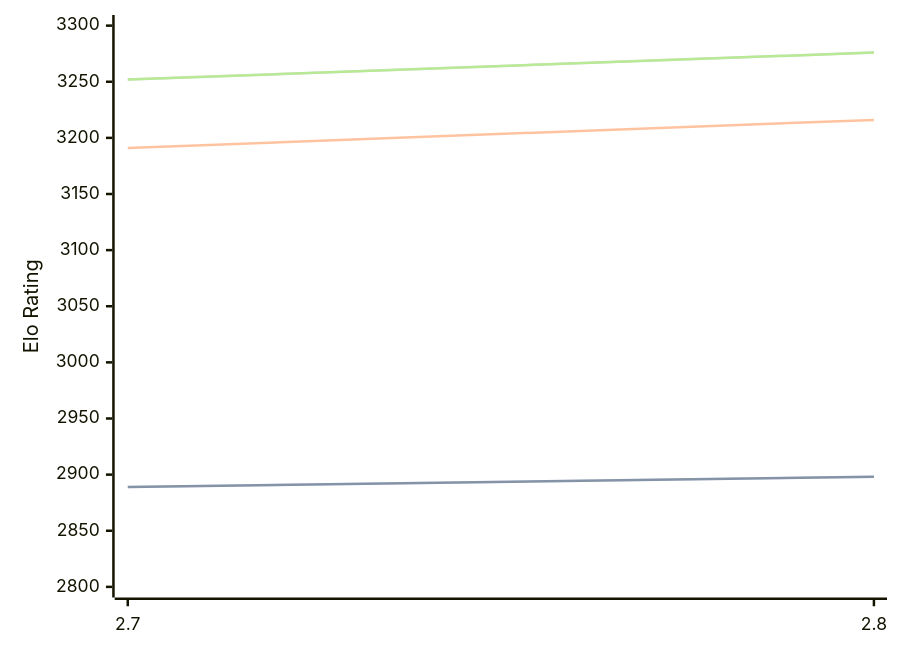
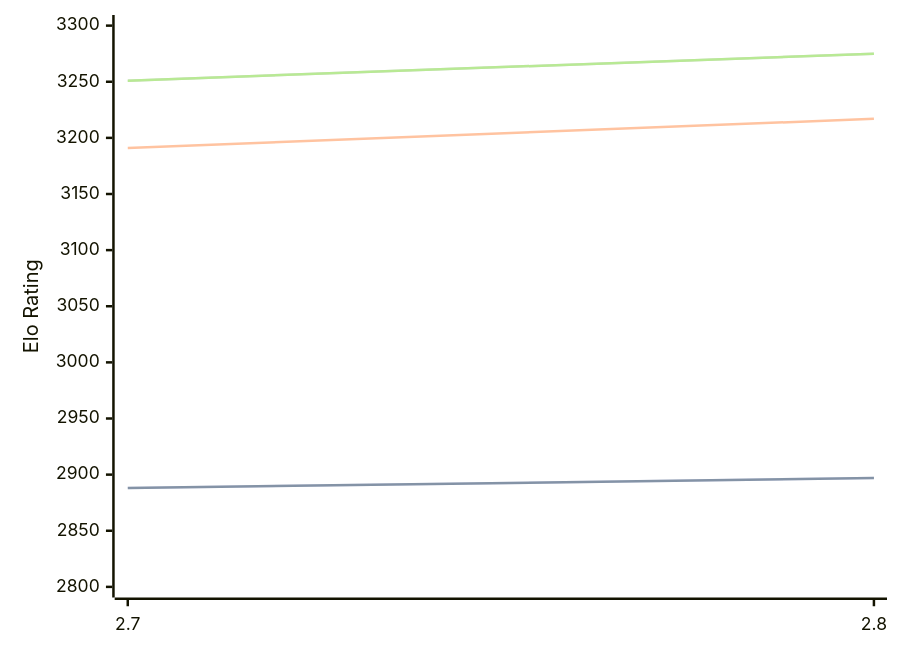
One commit to computer-chess-index/cci changed the diagram in engines/Arcanum.md. Above: the diagram before and after it, drawn with Mermaid. The commit also changed other lines of this file, not shown here.

Commit message:
Update CCI Ratings (ELO VLTC) - 2026-08-11

````diff
--- a/engines/Arcanum.md
+++ b/engines/Arcanum.md
@@ -32,11 +32,11 @@
 ```mermaid
 %%{init: {"theme":"base","themeVariables":{"seriesColors:['#a3a3a3','#222221','#faa371']}}}%%
 xychart-beta
   x-axis ["2.7", "2.8"]
   y-axis "Elo Rating" 2800 --> 3300
-  line "STC (8.0+0.08s)" [2889, 2898]
-  line "STC (8.0+0.08s)" [2889, 2898]
-  line "LTC (60.0+0.60s)" [3191, 3216]
-  line "VLTC (2m24s+1.12s)" [3252, 3276]
-  line "VLTC (2m24s+1.12s)" [3252, 3276]
+  line "STC (8.0+0.08s)" [2888, 2897]
+  line "STC (8.0+0.08s)" [2888, 2897]
+  line "LTC (60.0+0.60s)" [3191, 3217]
+  line "VLTC (2m24s+1.12s)" [3251, 3275]
+  line "VLTC (2m24s+1.12s)" [3251, 3275]
 ```
````
